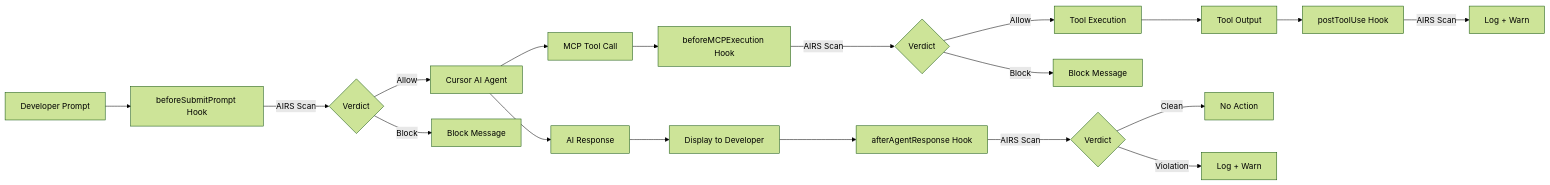
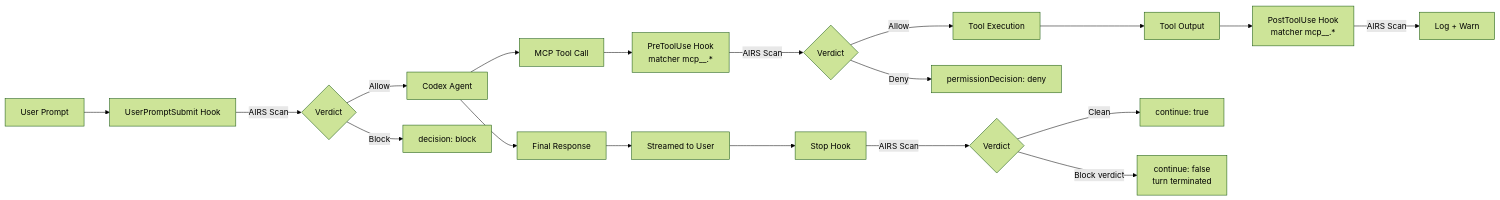
The diagram in docs/index.md (cdot65/prisma-airs-codex-hooks), drawn with Mermaid (forest theme) before and after one commit. The commit also changed other lines of this file and 23 other files, not shown here.

````diff
--- a/docs/index.md
+++ b/docs/index.md
@@ -36,21 +36,21 @@
 ```mermaid
 flowchart LR
-    A[Developer Prompt] --> B[beforeSubmitPrompt Hook]
+    A[User Prompt] --> B[UserPromptSubmit Hook]
     B -->|AIRS Scan| C{Verdict}
-    C -->|Allow| D[Cursor AI Agent]
-    C -->|Block| E[Block Message]
+    C -->|Allow| D[Codex Agent]
+    C -->|Block| E[decision: block]
     D --> F[MCP Tool Call]
-    F --> G[beforeMCPExecution Hook]
+    F --> G[PreToolUse Hook<br/>matcher mcp__.*]
     G -->|AIRS Scan| H{Verdict}
     H -->|Allow| I[Tool Execution]
-    H -->|Block| J[Block Message]
+    H -->|Deny| J[permissionDecision: deny]
     I --> K[Tool Output]
-    K --> L[postToolUse Hook]
+    K --> L[PostToolUse Hook<br/>matcher mcp__.*]
     L -->|AIRS Scan| M[Log + Warn]
-    D --> N[AI Response]
-    N --> O[Display to Developer]
-    O --> P[afterAgentResponse Hook]
+    D --> N[Final Response]
+    N --> O[Streamed to User]
+    O --> P[Stop Hook]
     P -->|AIRS Scan| Q{Verdict}
-    Q -->|Clean| R[No Action]
-    Q -->|Violation| S[Log + Warn]
+    Q -->|Clean| R[continue: true]
+    Q -->|Block verdict| S[continue: false<br/>turn terminated]
 ```
````
